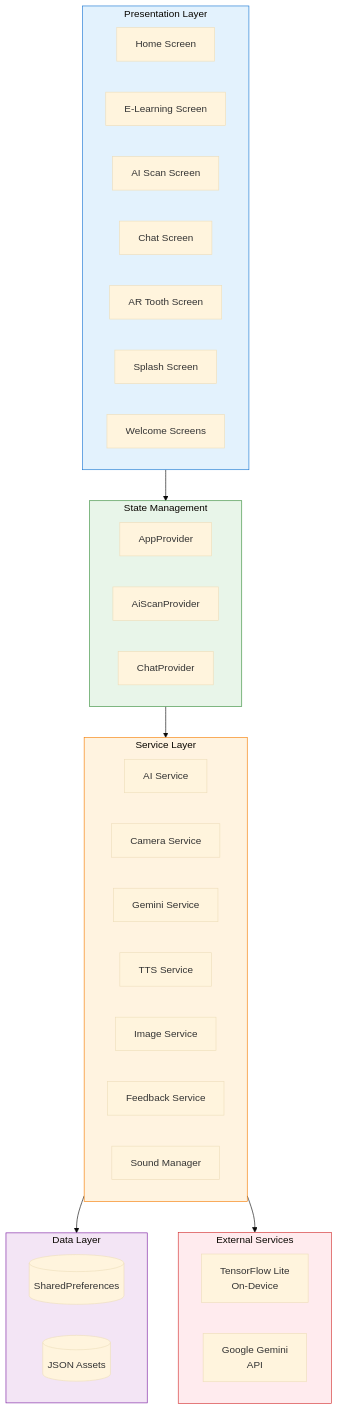
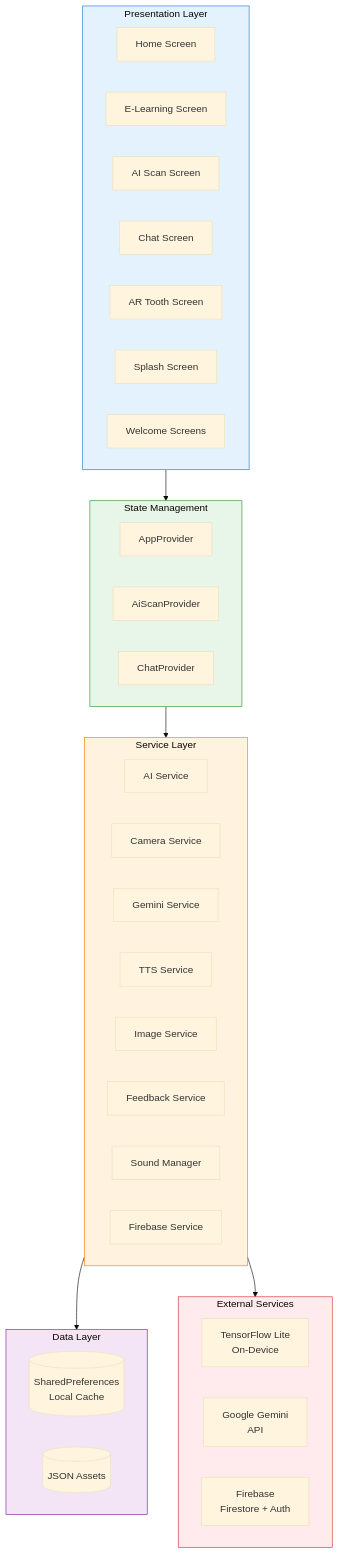
Before and after one commit to nabilashahirah/toothymate: the fifth of 15 diagrams in thesis_chapters/Mermaid_Diagrams.md, drawn with Mermaid (base theme). The commit also changed other lines of this file and 9 other files, not shown here.

````diff
--- a/thesis_chapters/Mermaid_Diagrams.md
+++ b/thesis_chapters/Mermaid_Diagrams.md
@@ -36,49 +131,51 @@
 ```mermaid
 flowchart TB
     subgraph PL["Presentation Layer"]
         HS[Home Screen]
         ELS[E-Learning Screen]
         AIS[AI Scan Screen]
         CS[Chat Screen]
         ARS[AR Tooth Screen]
         SS[Splash Screen]
         WS[Welcome Screens]
     end
 
     subgraph SM["State Management"]
         AP[AppProvider]
         ASP[AiScanProvider]
         CP[ChatProvider]
     end
 
     subgraph SL["Service Layer"]
         AISvc[AI Service]
         CamSvc[Camera Service]
         GemSvc[Gemini Service]
         TTSSvc[TTS Service]
         ImgSvc[Image Service]
-        FBSvc[Feedback Service]
+        FeedSvc[Feedback Service]
         SndMgr[Sound Manager]
+        FBSvc[Firebase Service]
     end
 
     subgraph DL["Data Layer"]
-        SP[(SharedPreferences)]
+        SP[(SharedPreferences<br/>Local Cache)]
         JSON[(JSON Assets)]
     end
 
     subgraph ES["External Services"]
         TFL[TensorFlow Lite<br/>On-Device]
         GEM[Google Gemini<br/>API]
+        FB[Firebase<br/>Firestore + Auth]
     end
 
     PL --> SM
     SM --> SL
     SL --> DL
     SL --> ES
 
     style PL fill:#E3F2FD,stroke:#1976D2
     style SM fill:#E8F5E9,stroke:#388E3C
     style SL fill:#FFF3E0,stroke:#F57C00
     style DL fill:#F3E5F5,stroke:#7B1FA2
     style ES fill:#FFEBEE,stroke:#D32F2F
 ```
````
